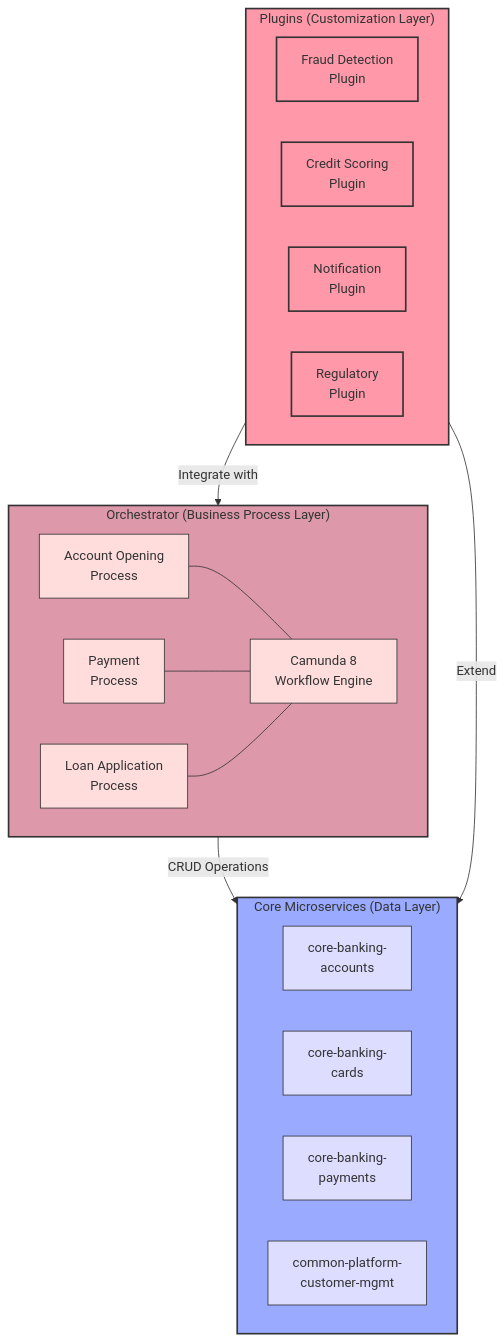
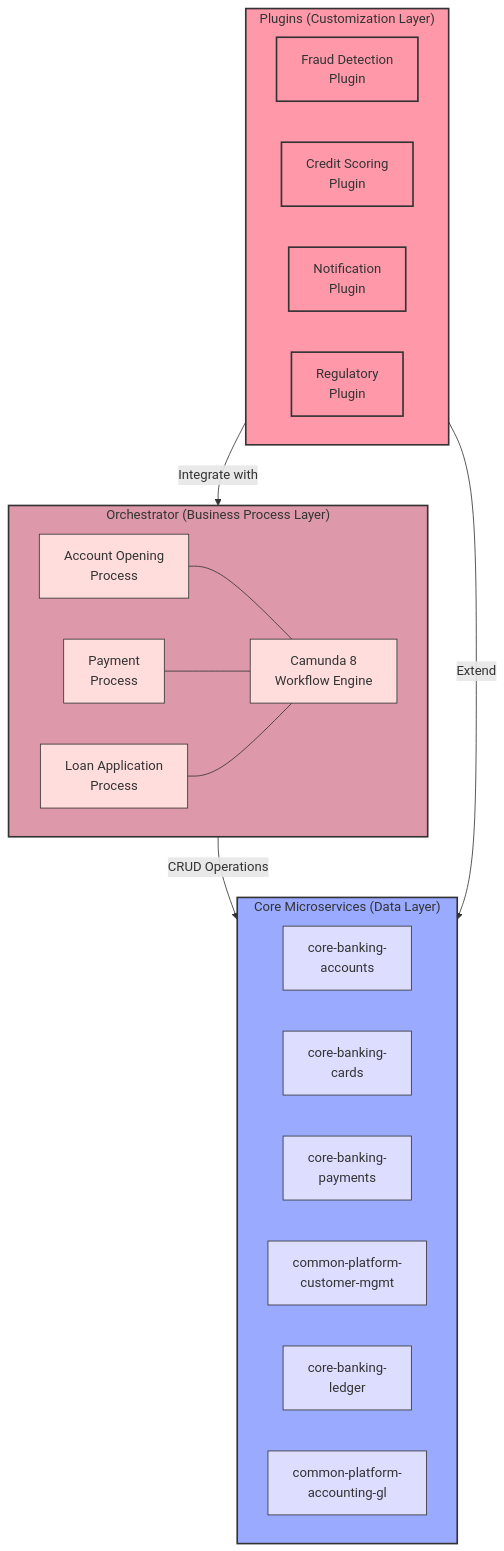
One commit to firefly-oss/lib-plugin-manager changed the second of 3 diagrams in examples/04-microservice-plugin-responsibilities.md. Above: the diagram before and after it, drawn with Mermaid. The commit also changed other lines of this file and 1 other file, not shown here.

````diff
--- a/examples/04-microservice-plugin-responsibilities.md
+++ b/examples/04-microservice-plugin-responsibilities.md
@@ -1330,48 +1331,50 @@
 ```mermaid
 graph TB
     %% Define the main layers
     subgraph Plugins["Plugins (Customization Layer)"]
         Plugin1["Fraud Detection<br>Plugin"]
         Plugin2["Credit Scoring<br>Plugin"]
         Plugin3["Notification<br>Plugin"]
         Plugin4["Regulatory<br>Plugin"]
     end
 
     subgraph Orchestrator["Orchestrator (Business Process Layer)"]
         Process1["Account Opening<br>Process"]
         Process2["Payment<br>Process"]
         Process3["Loan Application<br>Process"]
         Camunda["Camunda 8<br>Workflow Engine"]
     end
 
     subgraph CoreMS["Core Microservices (Data Layer)"]
         MS1["core-banking-<br>accounts"]
         MS2["core-banking-<br>cards"]
         MS3["core-banking-<br>payments"]
         MS4["common-platform-<br>customer-mgmt"]
+        MS5["core-banking-<br>ledger"]
+        MS6["common-platform-<br>accounting-gl"]
     end
 
     %% Define relationships between layers
     Orchestrator -->|"CRUD Operations"| CoreMS
     Plugins -->|"Extend"| CoreMS
     Plugins -->|"Integrate with"| Orchestrator
 
     %% Define relationships within layers
     Process1 --- Camunda
     Process2 --- Camunda
     Process3 --- Camunda
 
     %% Styling
     classDef plugins fill:#f9a,stroke:#333,stroke-width:2px;
     classDef orchestrator fill:#d9a,stroke:#333,stroke-width:2px;
     classDef core fill:#9af,stroke:#333,stroke-width:2px;
     classDef process fill:#fdd,stroke:#333,stroke-width:1px;
     classDef microservice fill:#ddf,stroke:#333,stroke-width:1px;
 
     class Plugins plugins;
     class Orchestrator orchestrator;
     class CoreMS core;
     class Process1,Process2,Process3,Camunda process;
-    class MS1,MS2,MS3,MS4 microservice;
+    class MS1,MS2,MS3,MS4,MS5,MS6 microservice;
     class Plugin1,Plugin2,Plugin3,Plugin4 plugins;
 ```
````
